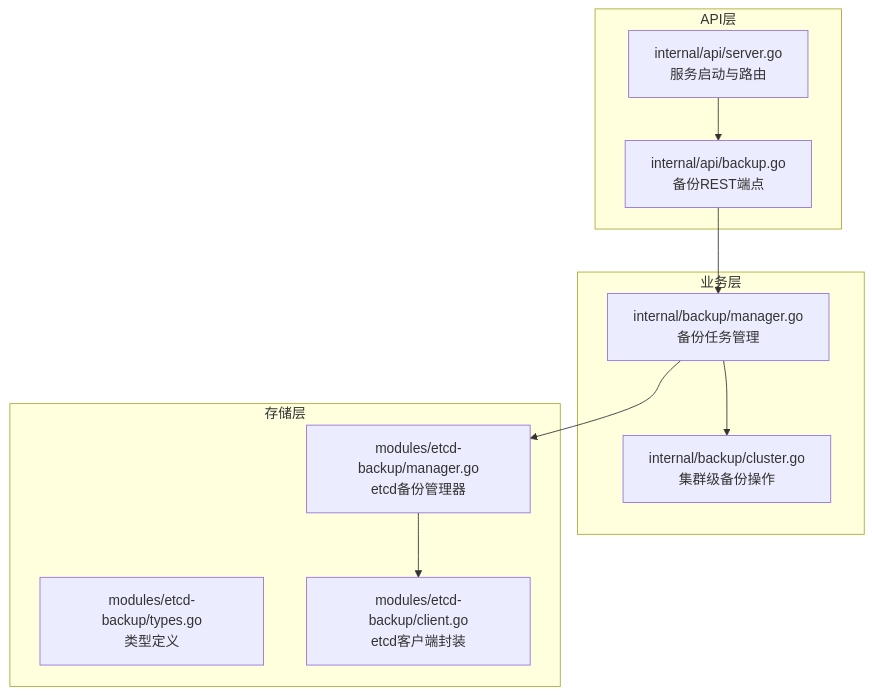
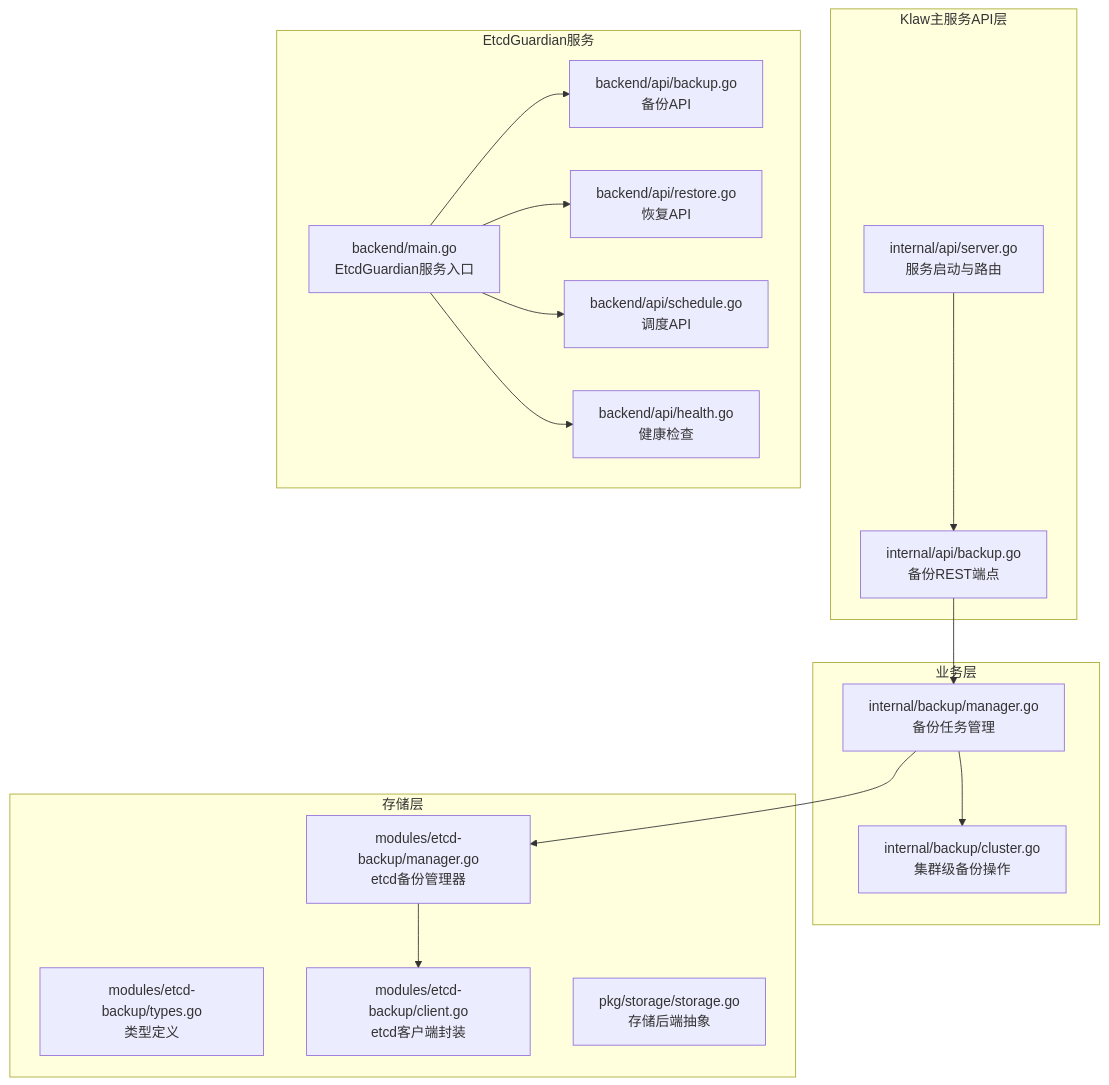
Before and after one commit to kudig-io/klaw: the first of 3 diagrams in .qoder/repowiki/zh/content/API参考/统一API (v1)/备份恢复API.md, drawn with Mermaid. The commit also changed other lines of this file and 237 other files, not shown here.

````diff
--- a/.qoder/repowiki/zh/content/API参考/统一API (v1)/备份恢复API.md
+++ b/.qoder/repowiki/zh/content/API参考/统一API (v1)/备份恢复API.md
@@ -35,21 +56,33 @@
 ```mermaid
 graph TB
-subgraph "API层"
+subgraph "Klaw主服务API层"
 A["internal/api/backup.go<br/>备份REST端点"]
 S["internal/api/server.go<br/>服务启动与路由"]
+end
+subgraph "EtcdGuardian服务"
+EG["backend/main.go<br/>EtcdGuardian服务入口"]
+BA["backend/api/backup.go<br/>备份API"]
+RS["backend/api/restore.go<br/>恢复API"]
+SC["backend/api/schedule.go<br/>调度API"]
+HE["backend/api/health.go<br/>健康检查"]
 end
 subgraph "业务层"
 B["internal/backup/manager.go<br/>备份任务管理"]
 C["internal/backup/cluster.go<br/>集群级备份操作"]
 end
 subgraph "存储层"
 E["modules/etcd-backup/manager.go<br/>etcd备份管理器"]
 T["modules/etcd-backup/types.go<br/>类型定义"]
 CL["modules/etcd-backup/client.go<br/>etcd客户端封装"]
+ST["pkg/storage/storage.go<br/>存储后端抽象"]
 end
 A --> B
 B --> C
 B --> E
 E --> CL
 S --> A
+EG --> BA
+EG --> RS
+EG --> SC
+EG --> HE
 ```
````
